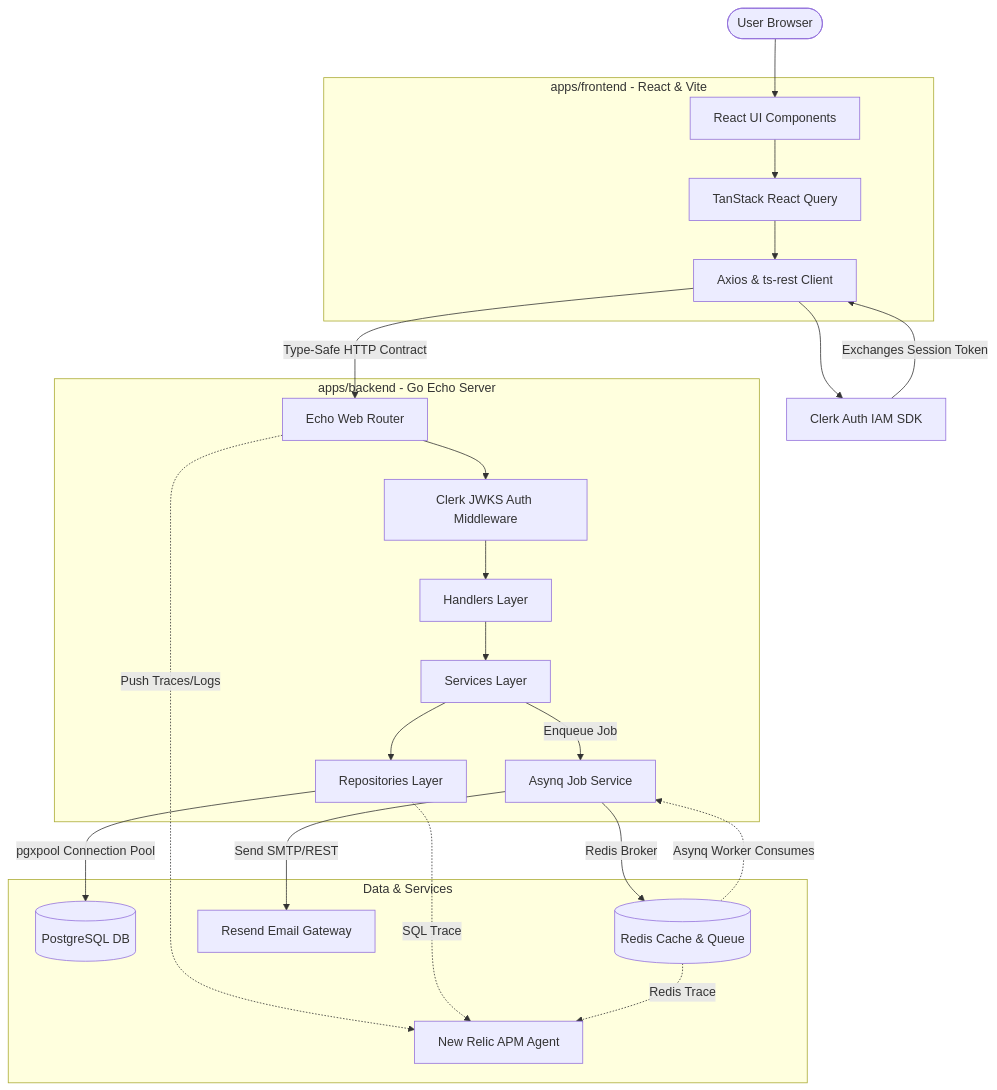
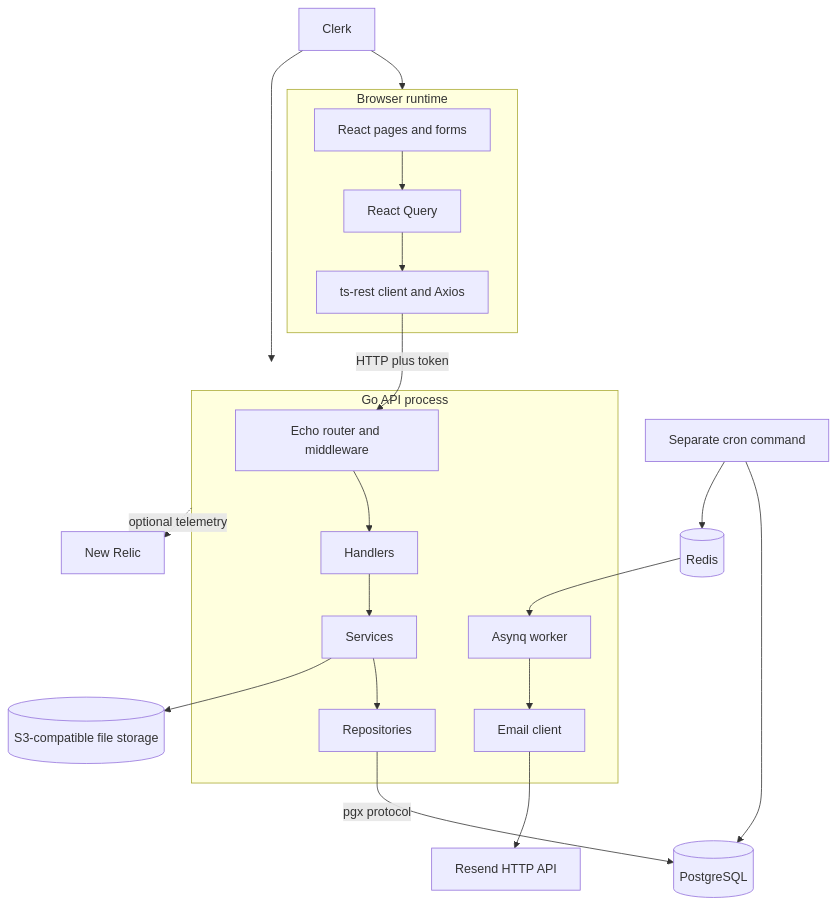
Before and after one commit to vinaykvv00/tasker: the diagram in docs/overall_end_to_end/architecture_and_tech_stack.md, drawn with Mermaid. The commit also changed other lines of this file and 36 other files, not shown here.

````diff
--- a/docs/overall_end_to_end/architecture_and_tech_stack.md
+++ b/docs/overall_end_to_end/architecture_and_tech_stack.md
@@ -11,55 +24,23 @@
 ```mermaid
-graph TD
-    User([User Browser])
-    
-    %% Frontend Subsystem
-    subgraph Frontend [apps/frontend - React & Vite]
-        UI[React UI Components]
-        Query[TanStack React Query]
-        Client[Axios & ts-rest Client]
-    end
-
-    %% Auth & CDN
-    Clerk[Clerk Auth IAM SDK]
-    
-    %% Backend Subsystem
-    subgraph Backend [apps/backend - Go Echo Server]
-        Echo[Echo Web Router]
-        AuthMW[Clerk JWKS Auth Middleware]
-        Handlers[Handlers Layer]
-        Services[Services Layer]
-        Repos[Repositories Layer]
-        JobService[Asynq Job Service]
-    end
-    
-    %% Infrastructure
-    subgraph Infrastructure [Data & Services]
-        DB[(PostgreSQL DB)]
-        Redis[(Redis Cache & Queue)]
-        Resend[Resend Email Gateway]
-        NewRelic[New Relic APM Agent]
-    end
-
-    %% Connections
-    User --> UI
-    UI --> Query
-    Query --> Client
-    Client --> Clerk -- Exchanges Session Token --> Client
-    Client -->|Type-Safe HTTP Contract| Echo
-    
-    Echo --> AuthMW
-    AuthMW --> Handlers
-    Handlers --> Services
-    Services --> Repos
-    Services -->|Enqueue Job| JobService
-    
-    Repos -->|pgxpool Connection Pool| DB
-    JobService -->|Redis Broker| Redis
-    Redis -.->|Asynq Worker Consumes| JobService
-    JobService -->|Send SMTP/REST| Resend
-    
-    %% Monitoring Streams
-    Echo -.->|Push Traces/Logs| NewRelic
-    Repos -.->|SQL Trace| NewRelic
-    Redis -.->|Redis Trace| NewRelic
+flowchart TD
+  subgraph Browser[Browser runtime]
+    Page[React pages and forms] --> Query[React Query]
+    Query --> Client[ts-rest client and Axios]
+  end
+  Client -->|HTTP plus token| Router[Echo router and middleware]
+  subgraph Go[Go API process]
+    Router --> Handler[Handlers]
+    Handler --> Service[Services]
+    Service --> Repo[Repositories]
+    Worker[Asynq worker] --> Mail[Email client]
+  end
+  Repo -->|pgx protocol| Postgres[(PostgreSQL)]
+  Service --> Storage[(S3-compatible file storage)]
+  Cron[Separate cron command] --> Postgres
+  Cron --> Queue[(Redis)]
+  Queue --> Worker
+  Mail --> Resend[Resend HTTP API]
+  Clerk[Clerk] --> Browser
+  Clerk --> Go
+  Go -. optional telemetry .-> APM[New Relic]
 ```
````
